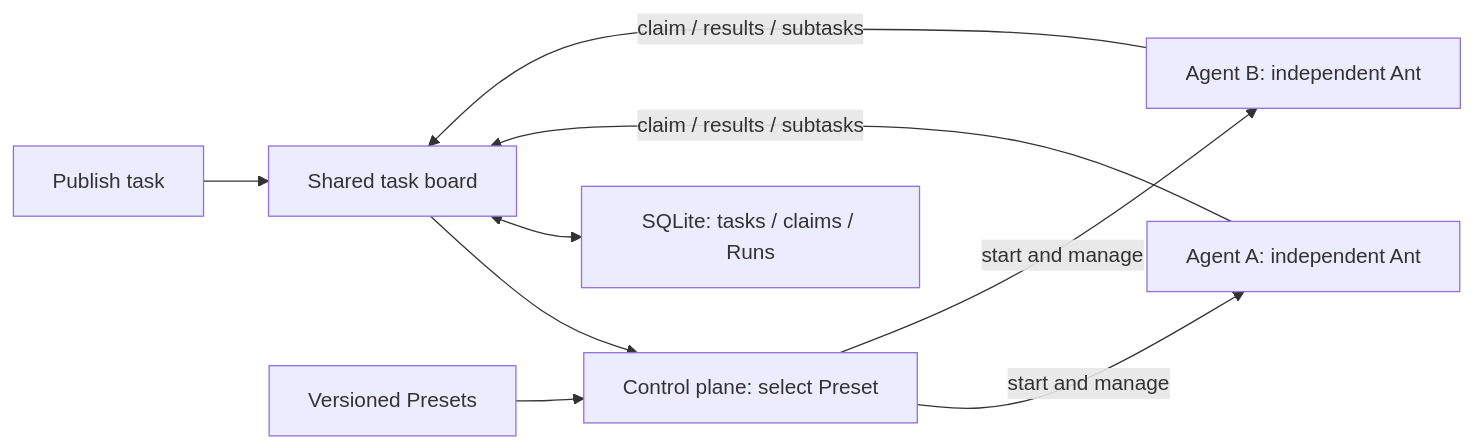
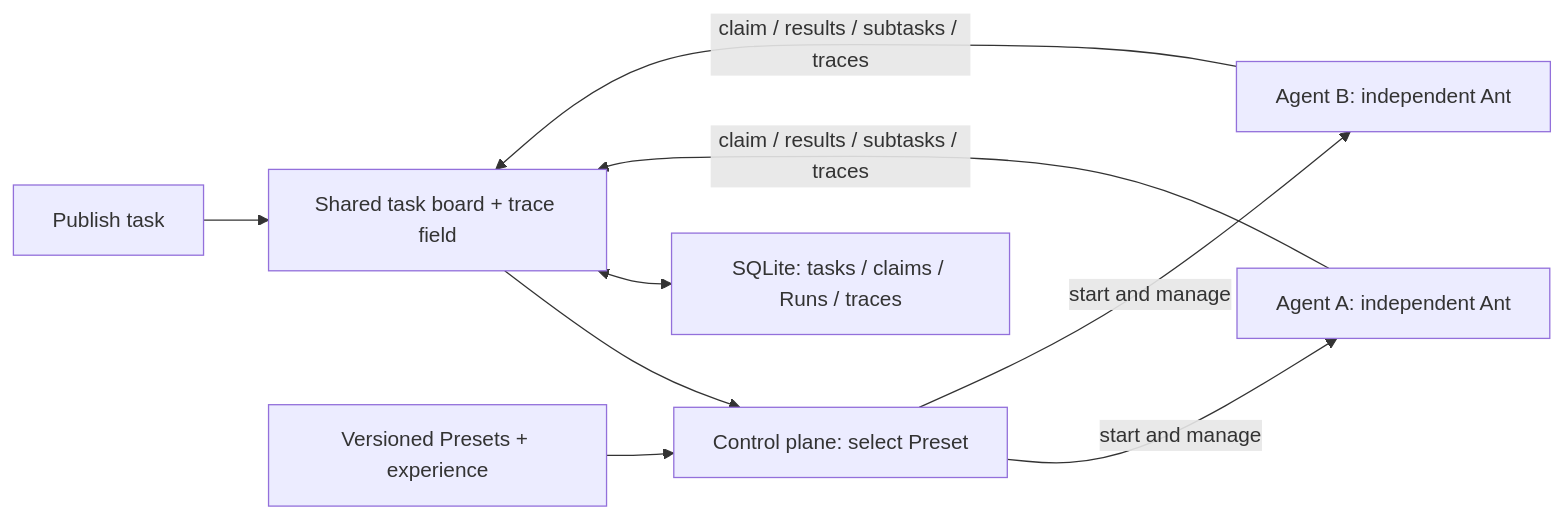
The diagram in README.md (NeoPanic/Ant3), drawn with Mermaid before and after one commit. The commit also changed other lines of this file and 1 other file, not shown here.

````diff
--- a/README.md
+++ b/README.md
@@ -94,11 +128,11 @@
 ```mermaid
 flowchart LR
-    Entry[Publish task] --> Board[Shared task board]
+    Entry[Publish task] --> Board[Shared task board + trace field]
     Board --> Control[Control plane: select Preset]
-    Preset[Versioned Presets] --> Control
+    Preset[Versioned Presets + experience] --> Control
     Control -->|start and manage| A[Agent A: independent Ant]
     Control -->|start and manage| B[Agent B: independent Ant]
-    A -->|claim / results / subtasks| Board
-    B -->|claim / results / subtasks| Board
-    Board <--> State[SQLite: tasks / claims / Runs]
+    A -->|claim / results / subtasks / traces| Board
+    B -->|claim / results / subtasks / traces| Board
+    Board <--> State[SQLite: tasks / claims / Runs / traces]
 ```
````
